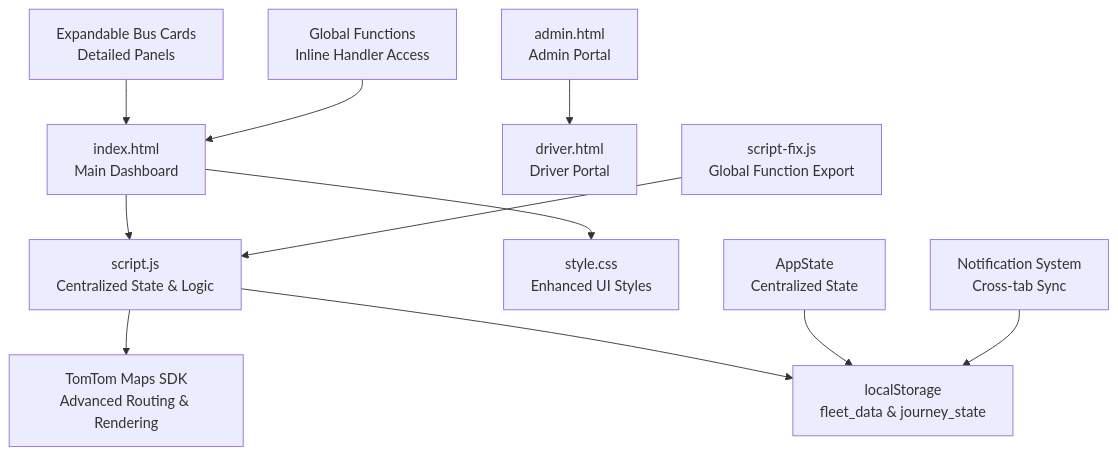
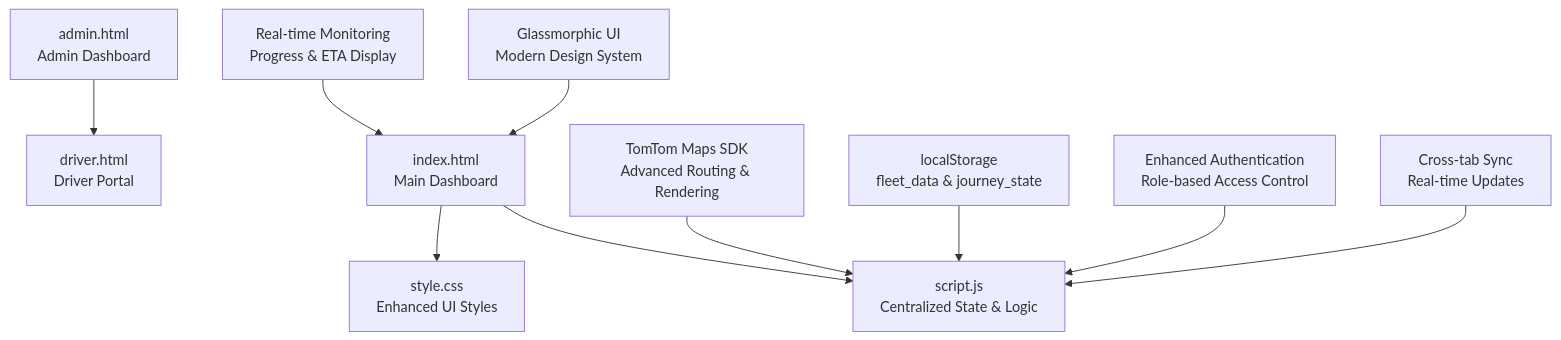
The first of 2 diagrams in .qoder/repowiki/en/content/Fleet Management Features.md (Rehanpatel3858/BusTrack-Pro), drawn with Mermaid before and after one commit. The commit also changed other lines of this file and 3 other files, not shown here.

````diff
--- a/.qoder/repowiki/en/content/Fleet Management Features.md
+++ b/.qoder/repowiki/en/content/Fleet Management Features.md
@@ -51,13 +53,12 @@
 ```mermaid
 graph TB
 A["index.html<br/>Main Dashboard"] --> B["script.js<br/>Centralized State & Logic"]
 A --> C["style.css<br/>Enhanced UI Styles"]
-B --> D["TomTom Maps SDK<br/>Advanced Routing & Rendering"]
-B --> E["localStorage<br/>fleet_data & journey_state"]
-F["admin.html<br/>Admin Portal"] --> G["driver.html<br/>Driver Portal"]
-H["script-fix.js<br/>Global Function Export"] --> B
-I["AppState<br/>Centralized State"] --> E
-J["Notification System<br/>Cross-tab Sync"] --> E
-K["Expandable Bus Cards<br/>Detailed Panels"] --> A
-L["Global Functions<br/>Inline Handler Access"] --> A
+D["admin.html<br/>Admin Dashboard"] --> E["driver.html<br/>Driver Portal"]
+F["TomTom Maps SDK<br/>Advanced Routing & Rendering"] --> B
+G["localStorage<br/>fleet_data & journey_state"] --> B
+H["Enhanced Authentication<br/>Role-based Access Control"] --> B
+I["Cross-tab Sync<br/>Real-time Updates"] --> B
+J["Glassmorphic UI<br/>Modern Design System"] --> A
+K["Real-time Monitoring<br/>Progress & ETA Display"] --> A
 ```
````
